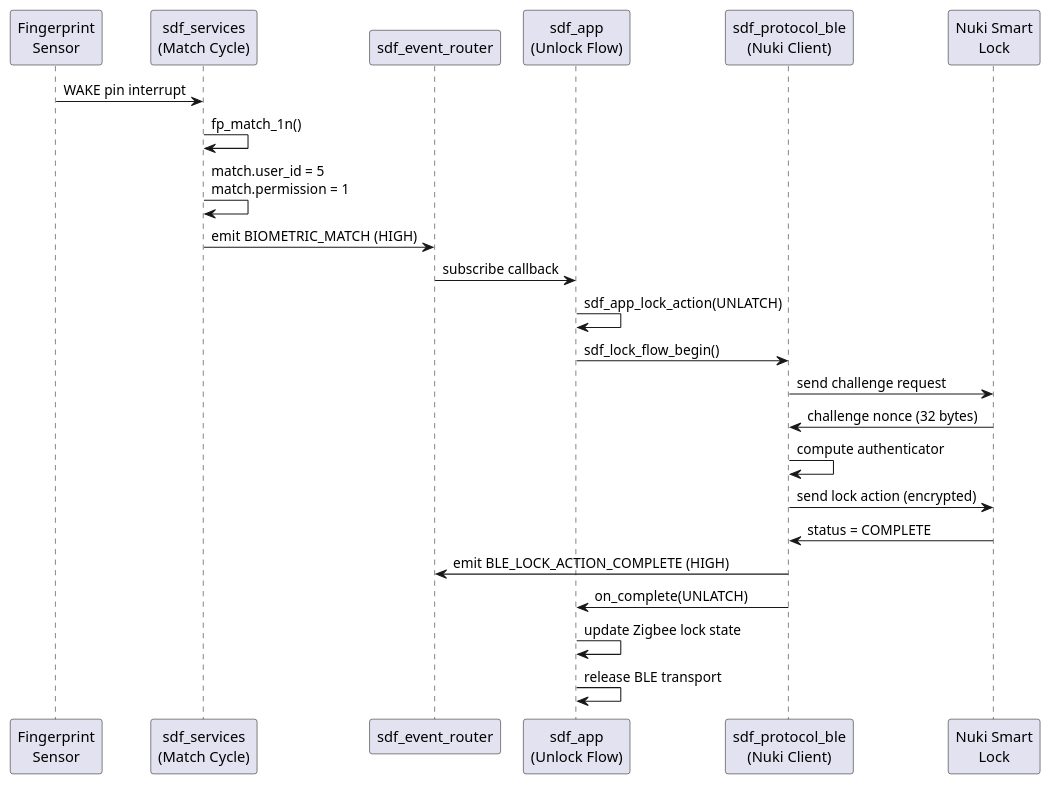
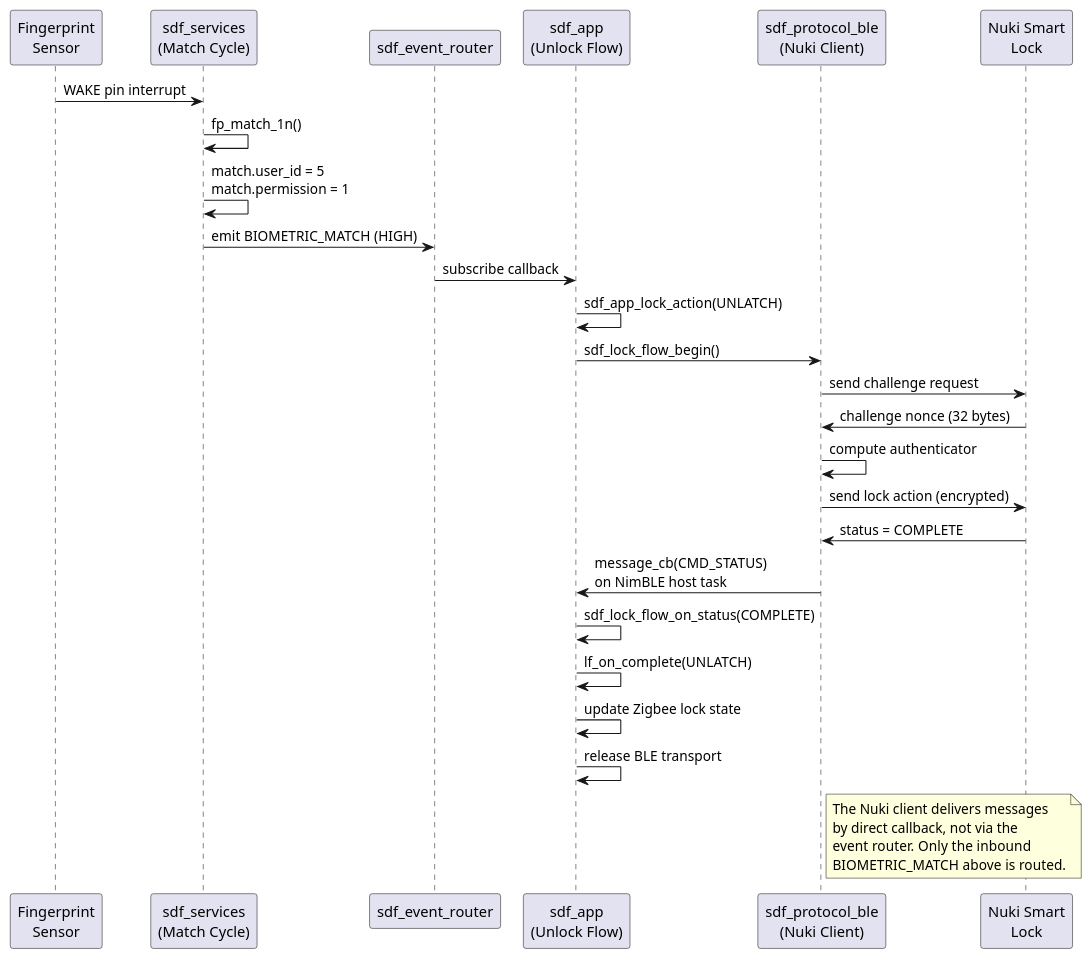
Before and after one commit to thor-ro/finger_print: the seventh of 13 diagrams in doc/sdf_sas.md, drawn with PlantUML. The commit also changed other lines of this file and 10 other files, not shown here.

````diff
--- a/doc/sdf_sas.md
+++ b/doc/sdf_sas.md
@@ -344,27 +344,29 @@
 ```plantuml
 @startuml
 participant "Fingerprint\nSensor" as FPS
 participant "sdf_services\n(Match Cycle)" as SVC
 participant "sdf_event_router" as EVT
 participant "sdf_app\n(Unlock Flow)" as APP
 participant "sdf_protocol_ble\n(Nuki Client)" as BLE
 participant "Nuki Smart\nLock" as NUKI
 
 FPS -> SVC : WAKE pin interrupt
 SVC -> SVC : fp_match_1n()
 SVC -> SVC : match.user_id = 5\nmatch.permission = 1
 SVC -> EVT : emit BIOMETRIC_MATCH (HIGH)
 EVT -> APP : subscribe callback
 APP -> APP : sdf_app_lock_action(UNLATCH)
 APP -> BLE : sdf_lock_flow_begin()
 BLE -> NUKI : send challenge request
 NUKI -> BLE : challenge nonce (32 bytes)
 BLE -> BLE : compute authenticator
 BLE -> NUKI : send lock action (encrypted)
 NUKI -> BLE : status = COMPLETE
-BLE -> EVT : emit BLE_LOCK_ACTION_COMPLETE (HIGH)
-BLE -> APP : on_complete(UNLATCH)
+BLE -> APP : message_cb(CMD_STATUS)\non NimBLE host task
+APP -> APP : sdf_lock_flow_on_status(COMPLETE)
+APP -> APP : lf_on_complete(UNLATCH)
 APP -> APP : update Zigbee lock state
 APP -> APP : release BLE transport
+note right of BLE : The Nuki client delivers messages\nby direct callback, not via the\nevent router. Only the inbound\nBIOMETRIC_MATCH above is routed.
 @enduml
 ```
````
